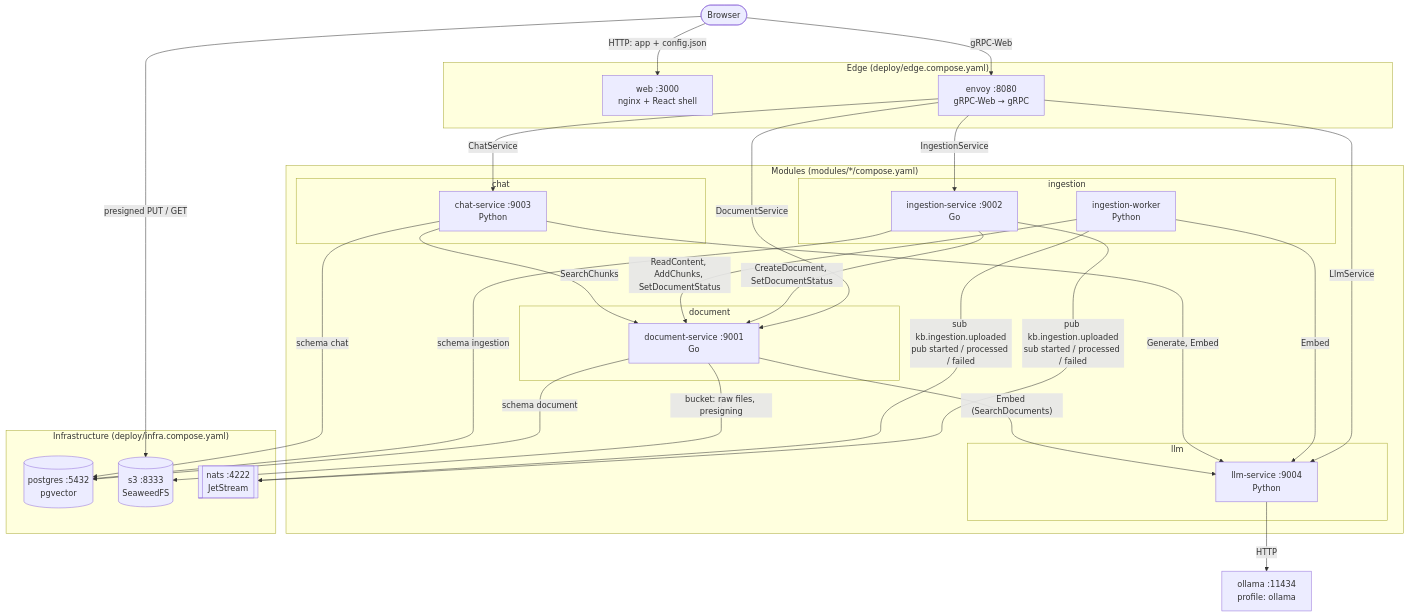
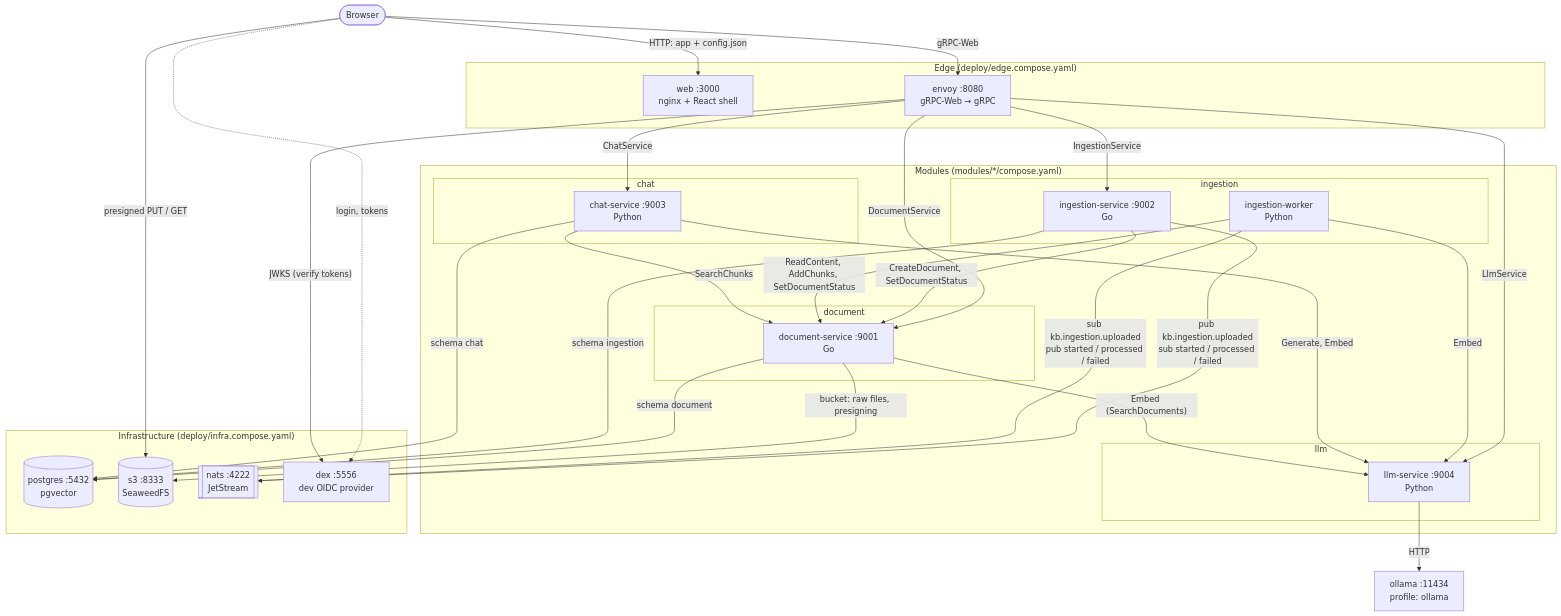
The second of 3 diagrams in docs/architecture/overview.md (ChristophBe/kb), drawn with Mermaid before and after one commit. The commit also changed other lines of this file and 21 other files, not shown here.

First line of the commit message:
feat(platform): authenticate gateway calls with OIDC tokens (#177)

````diff
--- a/docs/architecture/overview.md
+++ b/docs/architecture/overview.md
@@ -21,58 +21,61 @@
 ```mermaid
 flowchart TB
     browser([Browser])
 
     subgraph edge["Edge (deploy/edge.compose.yaml)"]
         web["web :3000<br/>nginx + React shell"]
         envoy["envoy :8080<br/>gRPC-Web → gRPC"]
     end
 
     subgraph modules["Modules (modules/*/compose.yaml)"]
         subgraph document["document"]
             docsvc["document-service :9001<br/>Go"]
         end
         subgraph ingestion["ingestion"]
             ingsvc["ingestion-service :9002<br/>Go"]
             ingworker["ingestion-worker<br/>Python"]
         end
         subgraph chat["chat"]
             chatsvc["chat-service :9003<br/>Python"]
         end
         subgraph llm["llm"]
             llmsvc["llm-service :9004<br/>Python"]
         end
     end
 
     subgraph infra["Infrastructure (deploy/infra.compose.yaml)"]
         pg[("postgres :5432<br/>pgvector")]
         s3[("s3 :8333<br/>SeaweedFS")]
         nats[["nats :4222<br/>JetStream"]]
+        dex["dex :5556<br/>dev OIDC provider"]
     end
 
     ollama["ollama :11434<br/>profile: ollama"]
 
     browser -- "HTTP: app + config.json" --> web
     browser -- "gRPC-Web" --> envoy
     browser -- "presigned PUT / GET" --> s3
+    browser -. "login, tokens" .-> dex
+    envoy -- "JWKS (verify tokens)" --> dex
 
     envoy -- "DocumentService" --> docsvc
     envoy -- "IngestionService" --> ingsvc
     envoy -- "ChatService" --> chatsvc
     envoy -- "LlmService" --> llmsvc
 
     ingsvc -- "CreateDocument, SetDocumentStatus" --> docsvc
     ingworker -- "ReadContent, AddChunks, SetDocumentStatus" --> docsvc
     ingworker -- "Embed" --> llmsvc
     chatsvc -- "SearchChunks" --> docsvc
     chatsvc -- "Generate, Embed" --> llmsvc
     docsvc -- "Embed (SearchDocuments)" --> llmsvc
     llmsvc -- "HTTP" --> ollama
 
     ingsvc -- "pub kb.ingestion.uploaded<br/>sub started / processed / failed" --> nats
     ingworker -- "sub kb.ingestion.uploaded<br/>pub started / processed / failed" --> nats
 
     docsvc -- "schema document" --> pg
     ingsvc -- "schema ingestion" --> pg
     chatsvc -- "schema chat" --> pg
     docsvc -- "bucket: raw files, presigning" --> s3
 ```
````
